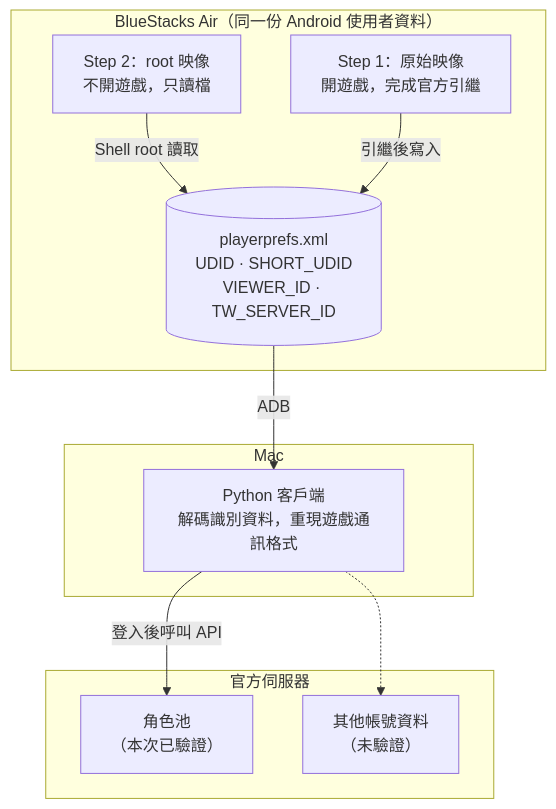
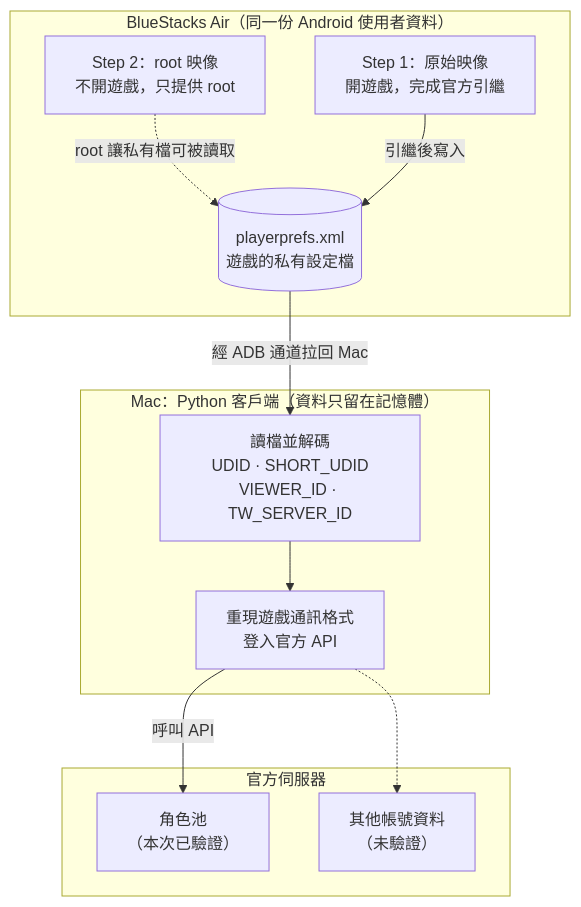
The diagram in README.md (WilliamCHIU-ETH/pcr-tw-mac-login), drawn with Mermaid before and after one commit. The commit also changed other lines of this file, not shown here.

Commit message:
docs: show ADB as the only transport in mechanism diagram
The previous diagram drew root reading and ADB as two separate reads and
placed decoded fields inside Android. The client pulls the file over ADB
using root, then decodes it in Mac memory.

````diff
--- a/README.md
+++ b/README.md
@@ -28,20 +28,22 @@
 ```mermaid
 flowchart TB
     subgraph AIR["BlueStacks Air（同一份 Android 使用者資料）"]
-        B["Step 2：root 映像<br/>不開遊戲，只讀檔"]
+        B["Step 2：root 映像<br/>不開遊戲，只提供 root"]
         A["Step 1：原始映像<br/>開遊戲，完成官方引繼"]
-        P[("playerprefs.xml<br/>UDID · SHORT_UDID<br/>VIEWER_ID · TW_SERVER_ID")]
-        B -->|"Shell root 讀取"| P
+        P[("playerprefs.xml<br/>遊戲的私有設定檔")]
+        B -.->|"root 讓私有檔可被讀取"| P
         A -->|"引繼後寫入"| P
     end
-    subgraph MAC["Mac"]
-        C["Python 客戶端<br/>解碼識別資料，重現遊戲通訊格式"]
+    subgraph MAC["Mac：Python 客戶端（資料只留在記憶體）"]
+        D["讀檔並解碼<br/>UDID · SHORT_UDID<br/>VIEWER_ID · TW_SERVER_ID"]
+        C["重現遊戲通訊格式<br/>登入官方 API"]
+        D --> C
     end
     subgraph SRV["官方伺服器"]
         F["角色池<br/>（本次已驗證）"]
         G["其他帳號資料<br/>（未驗證）"]
     end
-    P -->|"ADB"| C
-    C -->|"登入後呼叫 API"| F
+    P -->|"經 ADB 通道拉回 Mac"| D
+    C -->|"呼叫 API"| F
     C -.-> G
 ```
````
